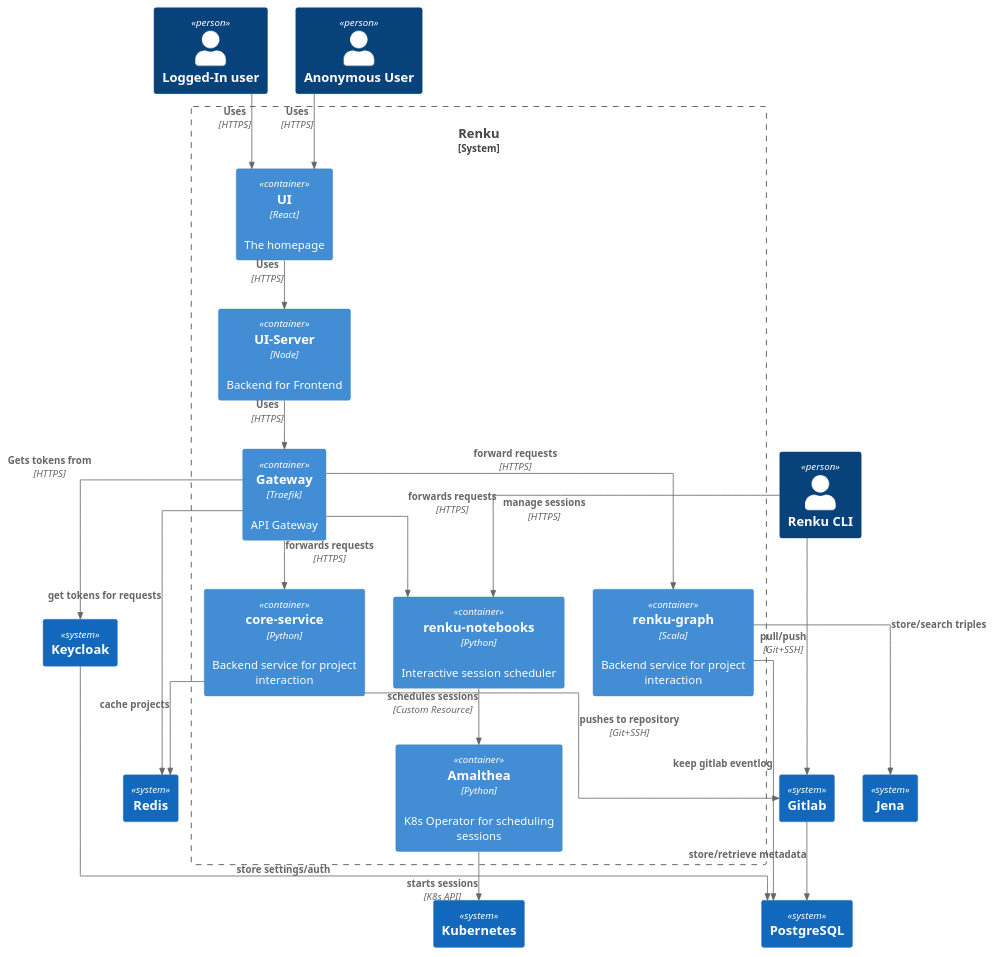
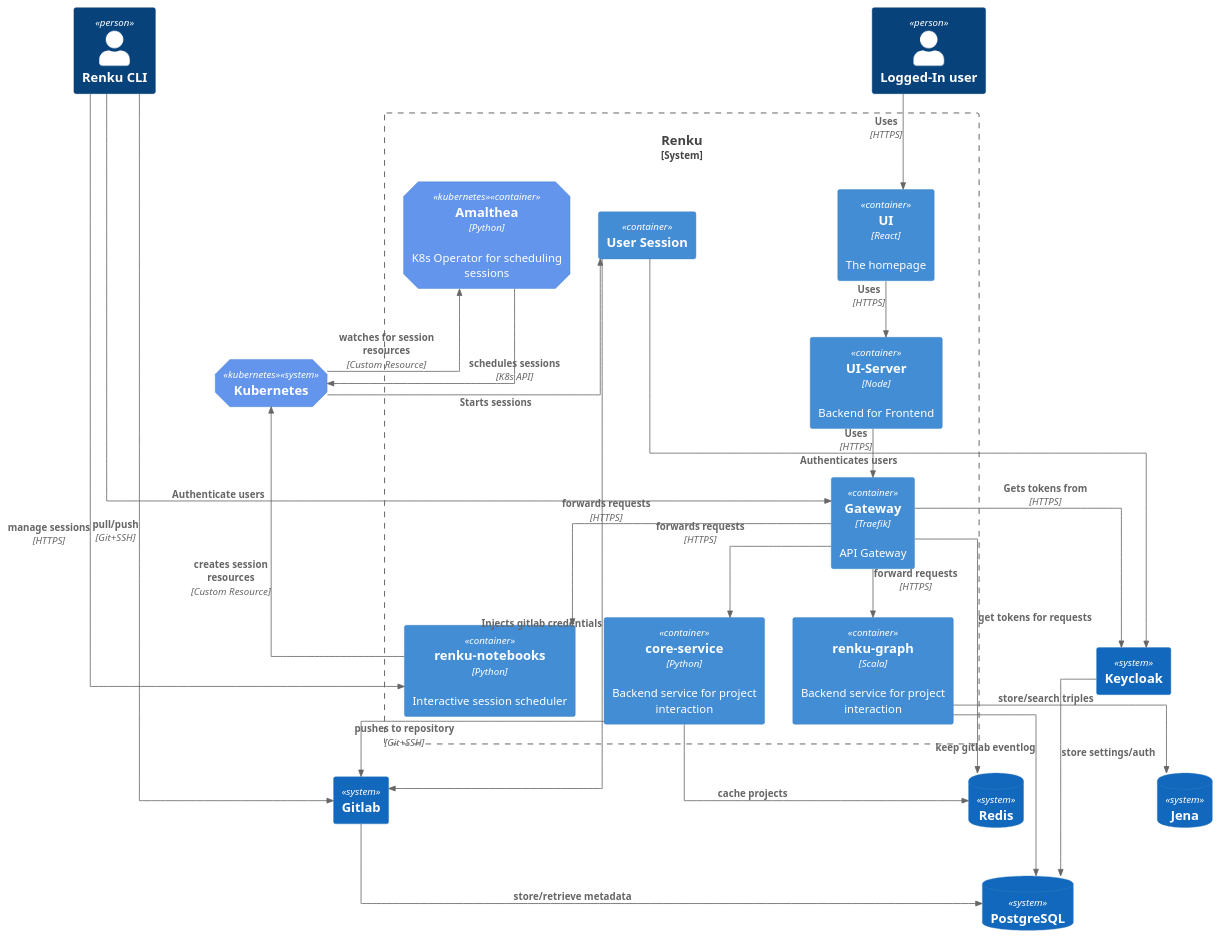
The second of 3 diagrams in docs/reference/services/services-architecture.rst (SwissDataScienceCenter/renku), drawn with PlantUML before and after one commit. The commit also changed other lines of this file, not shown here.

Commit message:
Add more detail

```diff
--- a/docs/reference/services/services-architecture.rst
+++ b/docs/reference/services/services-architecture.rst
@@ -81,46 +83,61 @@
 .. uml::
 
     @startuml
     !include <C4/C4_Container.puml>
 
     skinparam linetype ortho
 
+    AddElementTag("kubernetes", $shape=EightSidedShape(), $bgColor="CornflowerBlue", $fontColor="white", $legendText="micro service (eight sided)")
+
     Person(logged_in, "Logged-In user")
-    Person(anonymous, "Anonymous User")
     Person(cli, "Renku CLI")
     System_Boundary(renku, "Renku") {
         Container(ui, "UI", "React", "The homepage")
         Container(ui_server, "UI-Server", "Node", "Backend for Frontend")
         Container(gateway, "Gateway", "Traefik", "API Gateway")
         Container(core_service, "core-service", "Python", "Backend service for project interaction", $link="../reference/services/services-architecture.html#core-service")
         Container(renku_graph, "renku-graph", "Scala", "Backend service for project interaction")
         Container(renku_notebooks, "renku-notebooks", "Python", "Interactive session scheduler")
-        Container(amalthea, "Amalthea", "Python", "K8s Operator for scheduling sessions")
+        Container(amalthea, "Amalthea", "Python", "K8s Operator for scheduling sessions", $tags="kubernetes")
+        Container(session, "User Session")
     }
     System(gitlab, "Gitlab")
     System(keycloak, "Keycloak")
-    System(k8s, "Kubernetes")
-    System(postgres, "PostgreSQL")
-    System(redis, "Redis")
-    System(jena, "Jena")
+    System(k8s, "Kubernetes", $tags="kubernetes")
+    SystemDb(postgres, "PostgreSQL")
+    SystemDb(redis, "Redis")
+    SystemDb(jena, "Jena")
 
     Rel_D(logged_in, ui, "Uses", "HTTPS")
-    Rel_D(anonymous, ui, "Uses", "HTTPS")
     Rel(ui, ui_server, "Uses", "HTTPS")
     Rel(ui_server, gateway, "Uses", "HTTPS")
     Rel(gateway, keycloak, "Gets tokens from", "HTTPS")
     Rel(gateway, core_service, "forwards requests", "HTTPS")
     Rel_D(core_service, gitlab, "pushes to repository", "Git+SSH")
     Rel(core_service, redis, "cache projects")
     Rel(gateway, renku_notebooks, "forwards requests", "HTTPS")
-    Rel(renku_notebooks, amalthea, "schedules sessions", "Custom Resource")
-    Rel(amalthea, k8s, "starts sessions", "K8s API")
+    Rel(renku_notebooks, k8s, "creates session resources", "Custom Resource")
+    Rel(k8s, amalthea, "watches for session resources", "Custom Resource")
+    Rel(k8s, session, "Starts sessions")
+    Rel(session, keycloak, "Authenticates users")
+    Rel(session, gitlab, "Injects gitlab credentials")
+    Rel(amalthea, k8s, "schedules sessions", "K8s API")
     Rel(gateway, renku_graph, "forward requests", "HTTPS")
     Rel_D(cli, gitlab, "pull/push", "Git+SSH")
+    Rel_D(cli, gateway, "Authenticate users")
     Rel_D(cli, renku_notebooks, "manage sessions", "HTTPS")
     Rel(gateway, redis, "get tokens for requests")
     Rel_D(gitlab, postgres, "store/retrieve metadata")
     Rel_D(renku_graph, postgres, "keep gitlab eventlog")
     Rel_D(renku_graph, jena, "store/search triples")
     Rel_D(keycloak, postgres, "store settings/auth")
+
+    Lay_D(logged_in, renku)
+    Lay_D(cli, renku)
+    Lay_D(renku, gitlab)
+    Lay_D(renku, keycloak)
+    Lay_D(renku, k8s)
+    Lay_D(renku, postgres)
+    Lay_D(renku, redis)
+    Lay_D(renku, jena)
     @enduml
```
